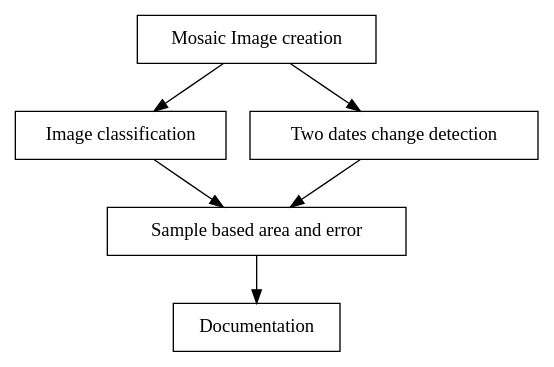
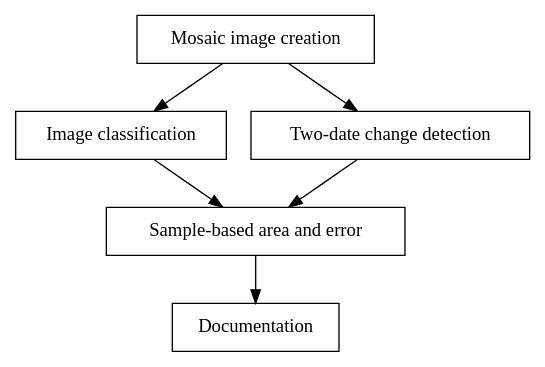
One commit to openforis/sepal-doc changed the first of 4 diagrams in docs/source/workflows/area_estimation.rst. Above: the diagram before and after it, drawn with Graphviz. The commit also changed other lines of this file, not shown here.

First line of the commit message:
Update area_estimation.rst

```diff
--- a/docs/source/workflows/area_estimation.rst
+++ b/docs/source/workflows/area_estimation.rst
@@ -38,14 +34,14 @@
 .. graphviz::
 
     digraph process {
-           mosaic [label="Mosaic Image creation", href="#mosaic-generation-landsat-sentinel-2", shape=box];
+           mosaic [label="Mosaic image creation", href="#mosaic-generation-landsat-sentinel-2", shape=box];
            classif [label="Image classification", href="#image-classification", shape=box];
-           change [label="Two dates change detection", href="#image-change-detection", shape=box];
-           sample [label="Sample based area and error", href="#sample-based-estimation-of-area-and-accuracy", shape=box];
+           change [label="Two-date change detection", href="#image-change-detection", shape=box];
+           sample [label="Sample-based area and error", href="#sample-based-estimation-of-area-and-accuracy", shape=box];
            doc [label="Documentation", href="#documentation-and-archiving", shape=box];
            mosaic -> classif;
            mosaic -> change;
            classif -> sample;
            change -> sample;
            sample -> doc;
         }
```
